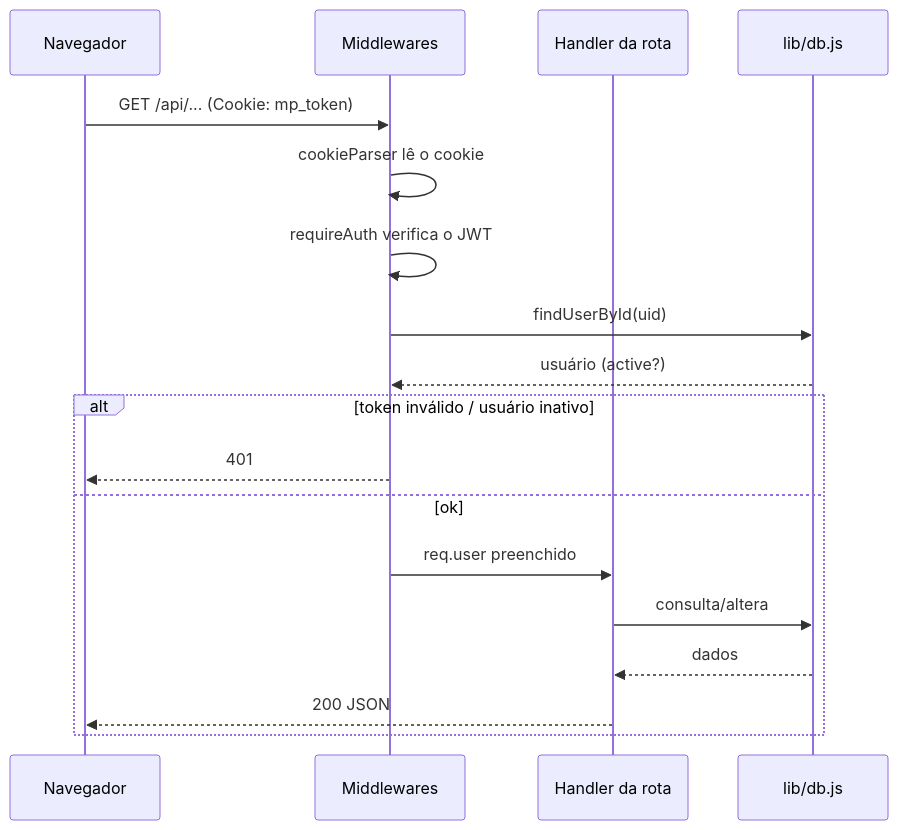
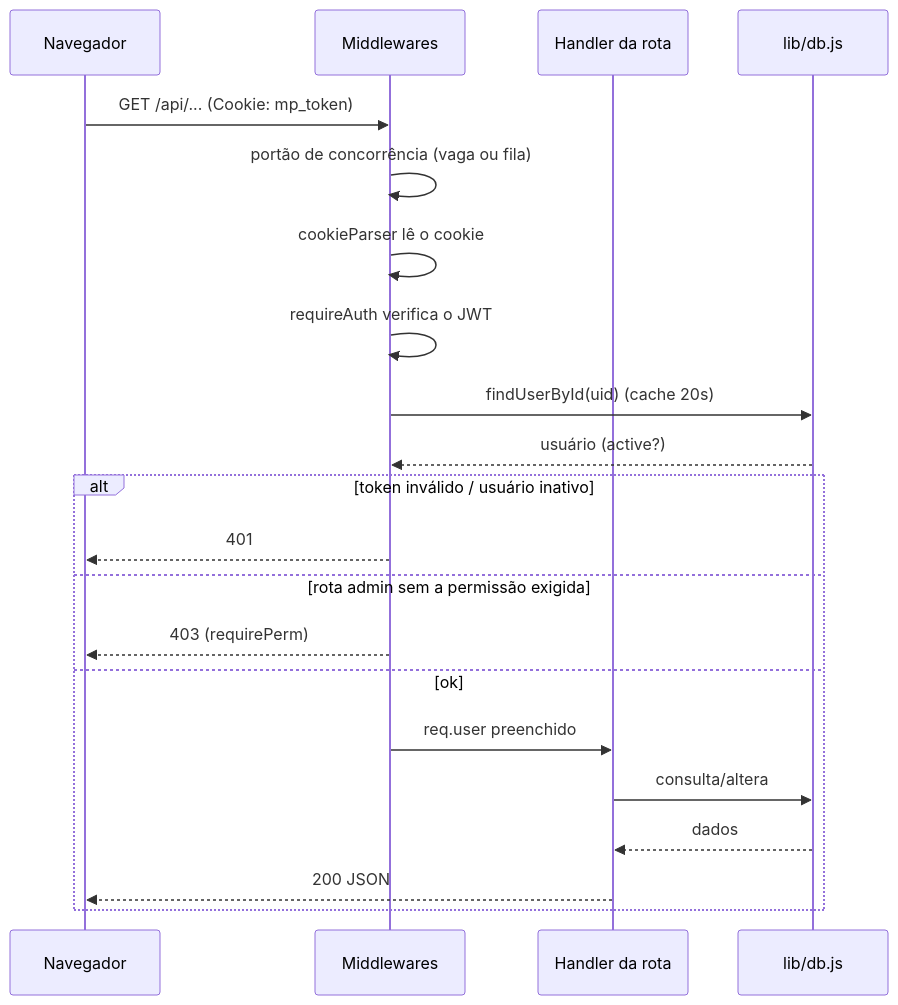
One commit to Vaniteux2006/pdv_memphis changed the second of 2 diagrams in docs/01-arquitetura.md. Above: the diagram before and after it, drawn with Mermaid. The commit also changed other lines of this file and 10 other files, not shown here.

````diff
--- a/docs/01-arquitetura.md
+++ b/docs/01-arquitetura.md
@@ -97,20 +131,23 @@
 ```mermaid
 sequenceDiagram
   participant B as Navegador
   participant MW as Middlewares
   participant H as Handler da rota
   participant DB as lib/db.js
   B->>MW: GET /api/... (Cookie: mp_token)
+  MW->>MW: portão de concorrência (vaga ou fila)
   MW->>MW: cookieParser lê o cookie
   MW->>MW: requireAuth verifica o JWT
-  MW->>DB: findUserById(uid)
+  MW->>DB: findUserById(uid) (cache 20s)
   DB-->>MW: usuário (active?)
   alt token inválido / usuário inativo
     MW-->>B: 401
+  else rota admin sem a permissão exigida
+    MW-->>B: 403 (requirePerm)
   else ok
     MW->>H: req.user preenchido
     H->>DB: consulta/altera
     DB-->>H: dados
     H-->>B: 200 JSON
   end
 ```
````
